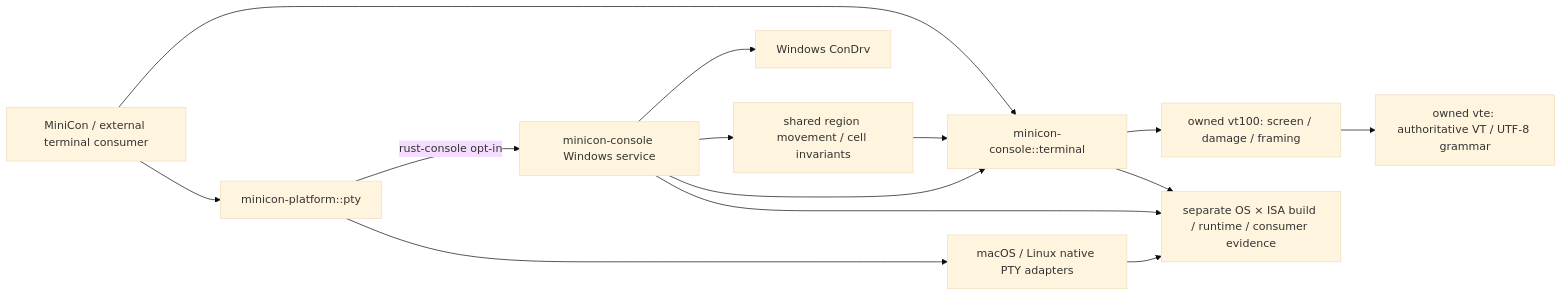
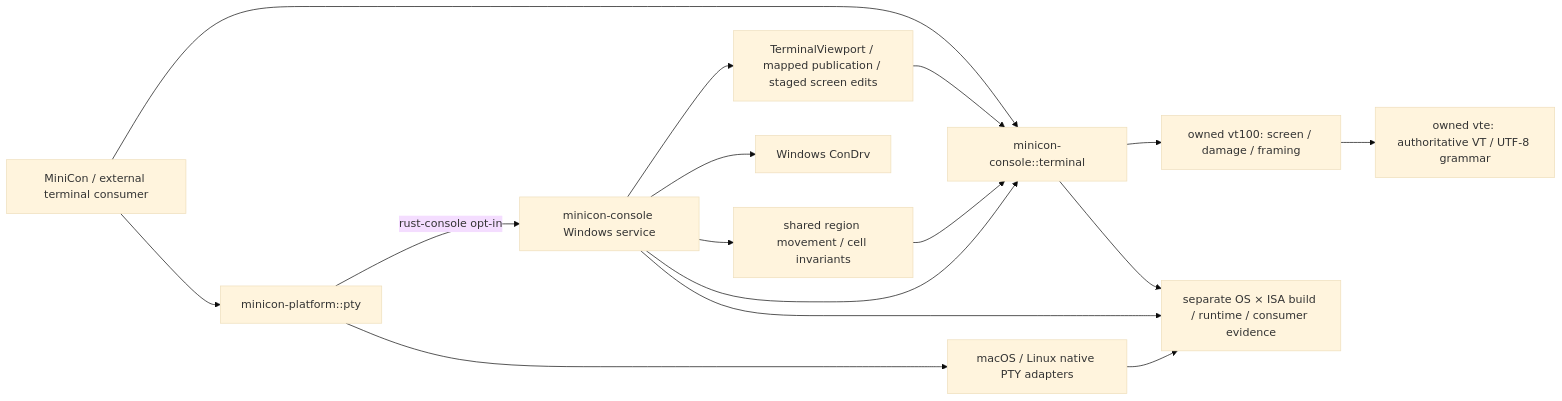
Before and after one commit to partnernetsoftware/minicon: the diagram in prd/PRD_02_35_terminal_library.md, drawn with Mermaid (base theme). The commit also changed other lines of this file and 18 other files, not shown here.

````diff
--- a/prd/PRD_02_35_terminal_library.md
+++ b/prd/PRD_02_35_terminal_library.md
@@ -44,14 +49,16 @@
 ```mermaid
 flowchart LR
     APP["MiniCon / external terminal consumer"] --> COMMON["minicon-console::terminal"]
     COMMON --> VT["owned vt100: screen / damage / framing"]
     VT --> VTE["owned vte: authoritative VT / UTF-8 grammar"]
     APP --> PLATFORM["minicon-platform::pty"]
     PLATFORM -->|"rust-console opt-in"| WIN["minicon-console Windows service"]
+    VP["TerminalViewport / mapped publication / staged screen edits"] --> COMMON
+    WIN --> VP
     MOVE["shared region movement / cell invariants"] --> COMMON
     WIN --> MOVE
     WIN --> COMMON
     WIN --> KERNEL["Windows ConDrv"]
     PLATFORM --> POSIX["macOS / Linux native PTY adapters"]
     COMMON & WIN & POSIX --> E["separate OS × ISA build / runtime / consumer evidence"]
 ```
````
